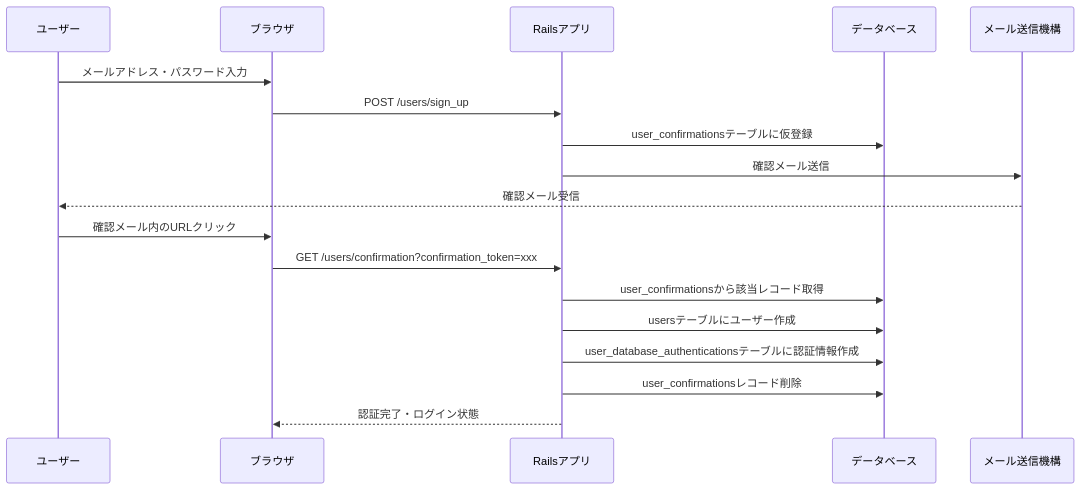
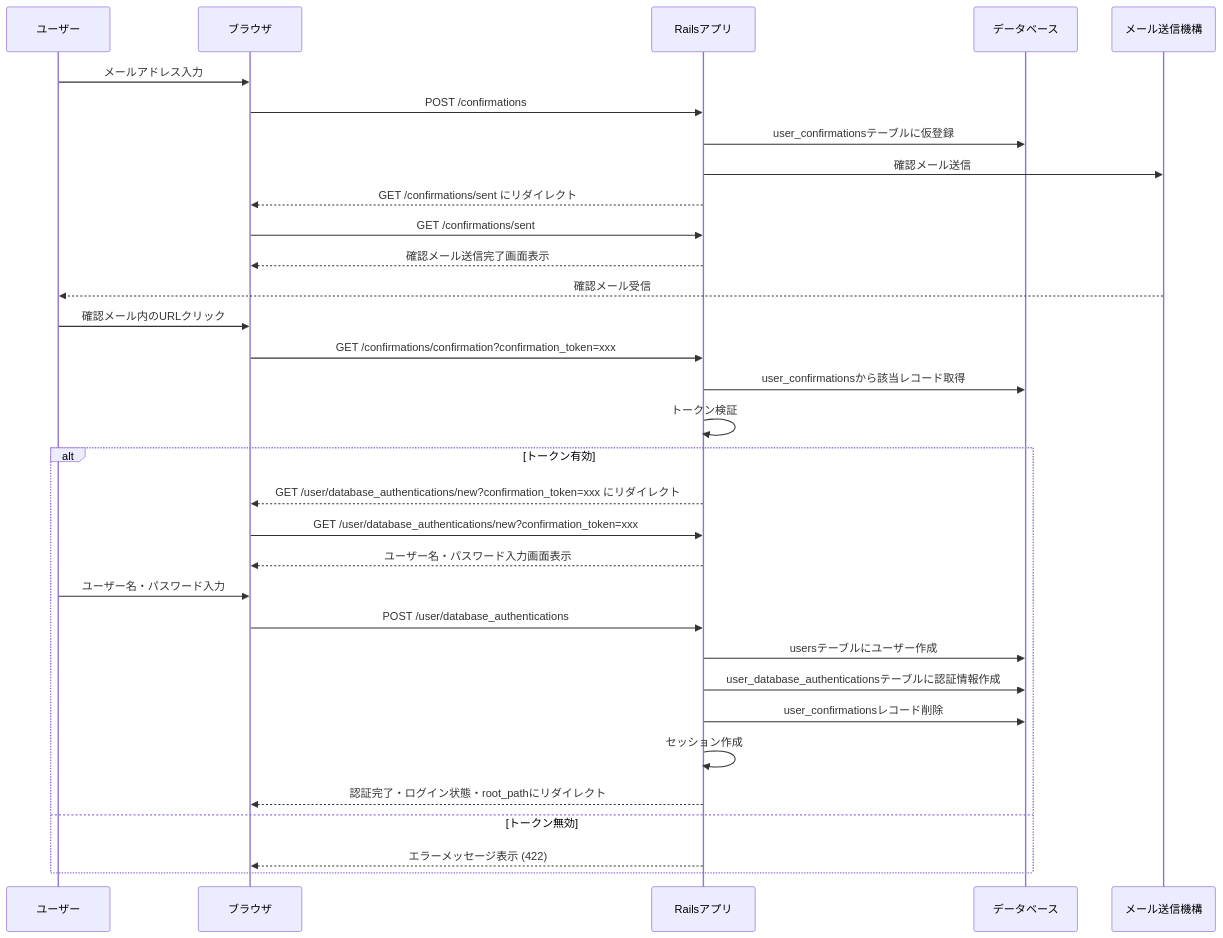
The second of 3 diagrams in docs/function_mail_authentication.md (Okunichiyou/rails-blog), drawn with Mermaid before and after one commit.

Commit message:
メール認証フローの修正(#50)
confirmationあたりのフローが実装と乖離していたので修正をした。

````diff
--- a/docs/function_mail_authentication.md
+++ b/docs/function_mail_authentication.md
@@ -52,21 +52,35 @@
 ```mermaid
 sequenceDiagram
     participant User as ユーザー
     participant Browser as ブラウザ
     participant App as Railsアプリ
     participant DB as データベース
     participant Mailer as メール送信機構
 
-    User->>Browser: メールアドレス・パスワード入力
-    Browser->>App: POST /users/sign_up
+    User->>Browser: メールアドレス入力
+    Browser->>App: POST /confirmations
     App->>DB: user_confirmationsテーブルに仮登録
     App->>Mailer: 確認メール送信
+    App-->>Browser: GET /confirmations/sent にリダイレクト
+    Browser->>App: GET /confirmations/sent
+    App-->>Browser: 確認メール送信完了画面表示
     Mailer-->>User: 確認メール受信
     User->>Browser: 確認メール内のURLクリック
-    Browser->>App: GET /users/confirmation?confirmation_token=xxx
+    Browser->>App: GET /confirmations/confirmation?confirmation_token=xxx
     App->>DB: user_confirmationsから該当レコード取得
-    App->>DB: usersテーブルにユーザー作成
-    App->>DB: user_database_authenticationsテーブルに認証情報作成
-    App->>DB: user_confirmationsレコード削除
-    App-->>Browser: 認証完了・ログイン状態
+    App->>App: トークン検証
+    alt トークン有効
+        App-->>Browser: GET /user/database_authentications/new?confirmation_token=xxx にリダイレクト
+        Browser->>App: GET /user/database_authentications/new?confirmation_token=xxx
+        App-->>Browser: ユーザー名・パスワード入力画面表示
+        User->>Browser: ユーザー名・パスワード入力
+        Browser->>App: POST /user/database_authentications
+        App->>DB: usersテーブルにユーザー作成
+        App->>DB: user_database_authenticationsテーブルに認証情報作成
+        App->>DB: user_confirmationsレコード削除
+        App->>App: セッション作成
+        App-->>Browser: 認証完了・ログイン状態・root_pathにリダイレクト
+    else トークン無効
+        App-->>Browser: エラーメッセージ表示 (422)
+    end
 ```
````
